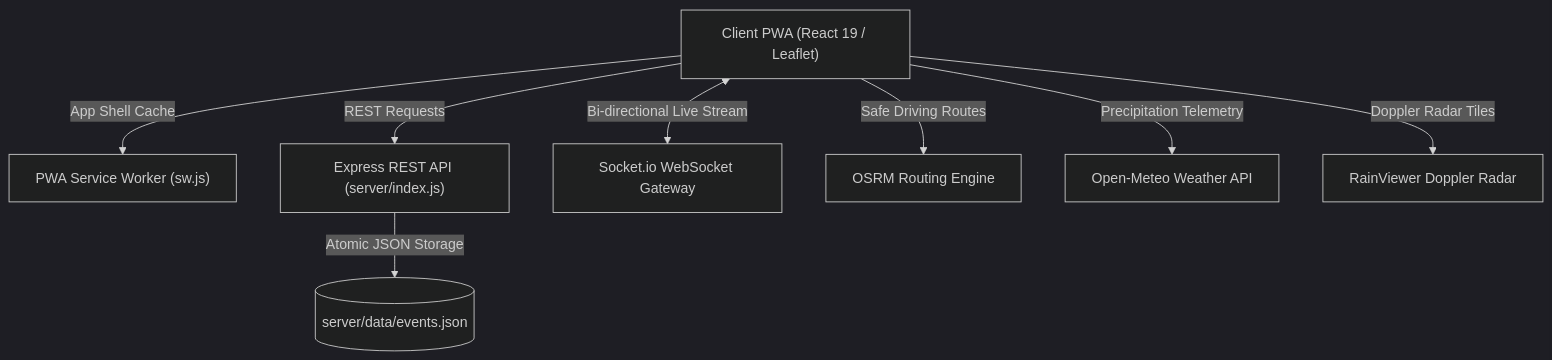
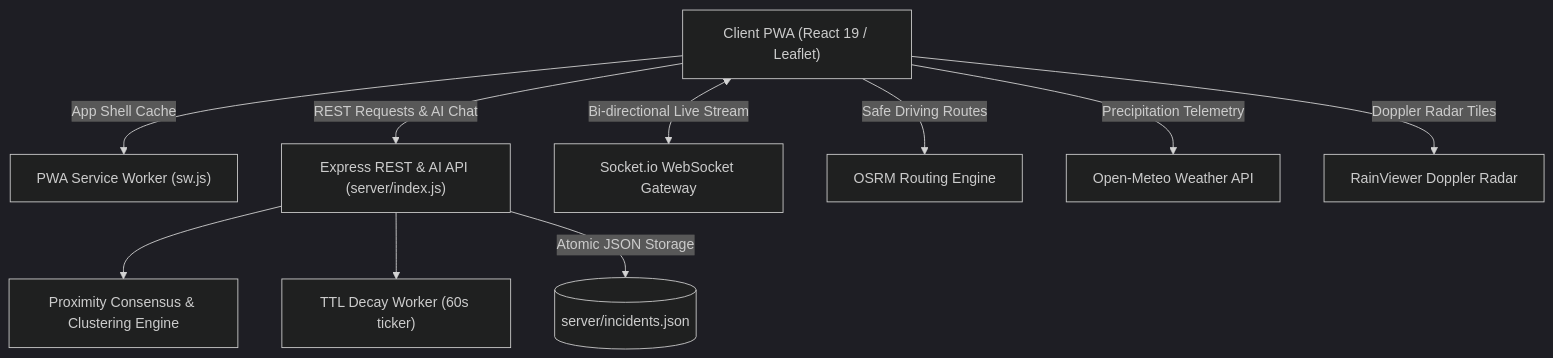
Before and after one commit to Vedant817/NammaDrishti: the diagram in README.md, drawn with Mermaid (dark theme). The commit also changed other lines of this file and 12 other files, not shown here.

Commit message:
feat: implement spatial auto-clustering, proximity consensus, TTL decay, and AI assistant API

````diff
--- a/README.md
+++ b/README.md
@@ -24,18 +28,22 @@
 ```mermaid
 graph TD
     Client["Client PWA (React 19 / Leaflet)"]
     ServiceWorker["PWA Service Worker (sw.js)"]
-    API["Express REST API (server/index.js)"]
+    API["Express REST & AI API (server/index.js)"]
     Sockets["Socket.io WebSocket Gateway"]
+    Consensus["Proximity Consensus & Clustering Engine"]
+    Decay["TTL Decay Worker (60s ticker)"]
     OSRM["OSRM Routing Engine"]
     OpenMeteo["Open-Meteo Weather API"]
     RainViewer["RainViewer Doppler Radar"]
 
     Client -->|App Shell Cache| ServiceWorker
-    Client -->|REST Requests| API
+    Client -->|REST Requests & AI Chat| API
     Client <-->|Bi-directional Live Stream| Sockets
+    API --> Consensus
+    API --> Decay
     Client -->|Safe Driving Routes| OSRM
     Client -->|Doppler Radar Tiles| RainViewer
     Client -->|Precipitation Telemetry| OpenMeteo
-    API -->|Atomic JSON Storage| LocalDisk[(server/data/events.json)]
+    API -->|Atomic JSON Storage| LocalDisk[(server/incidents.json)]
 ```
````
